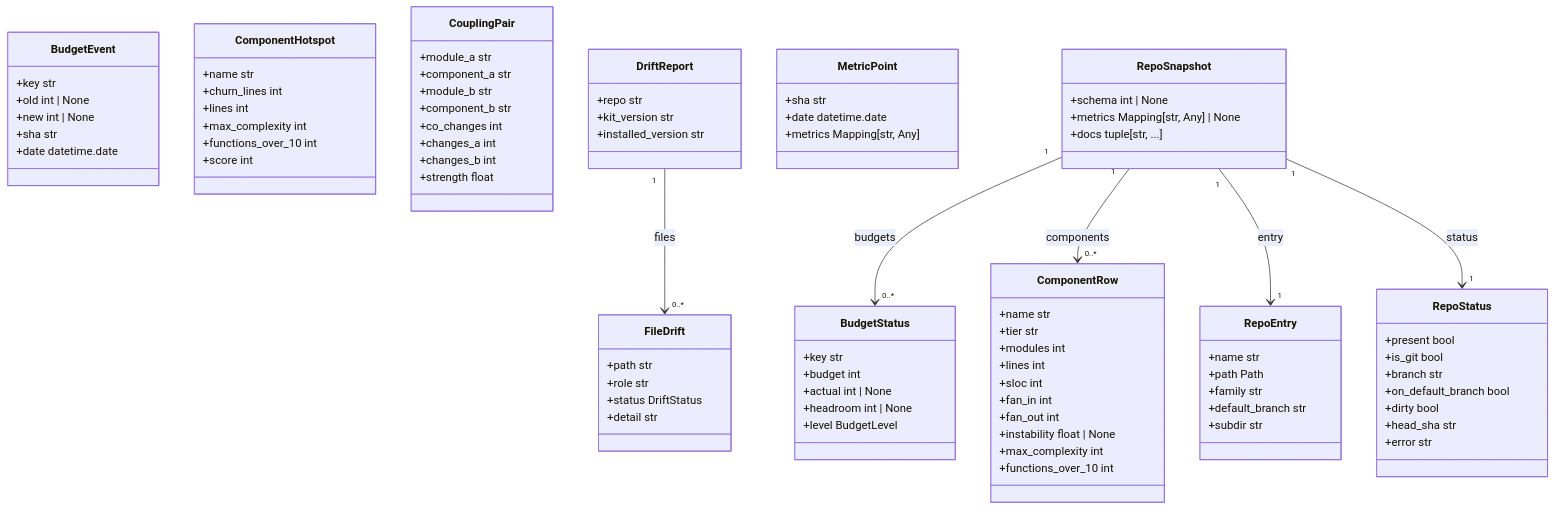
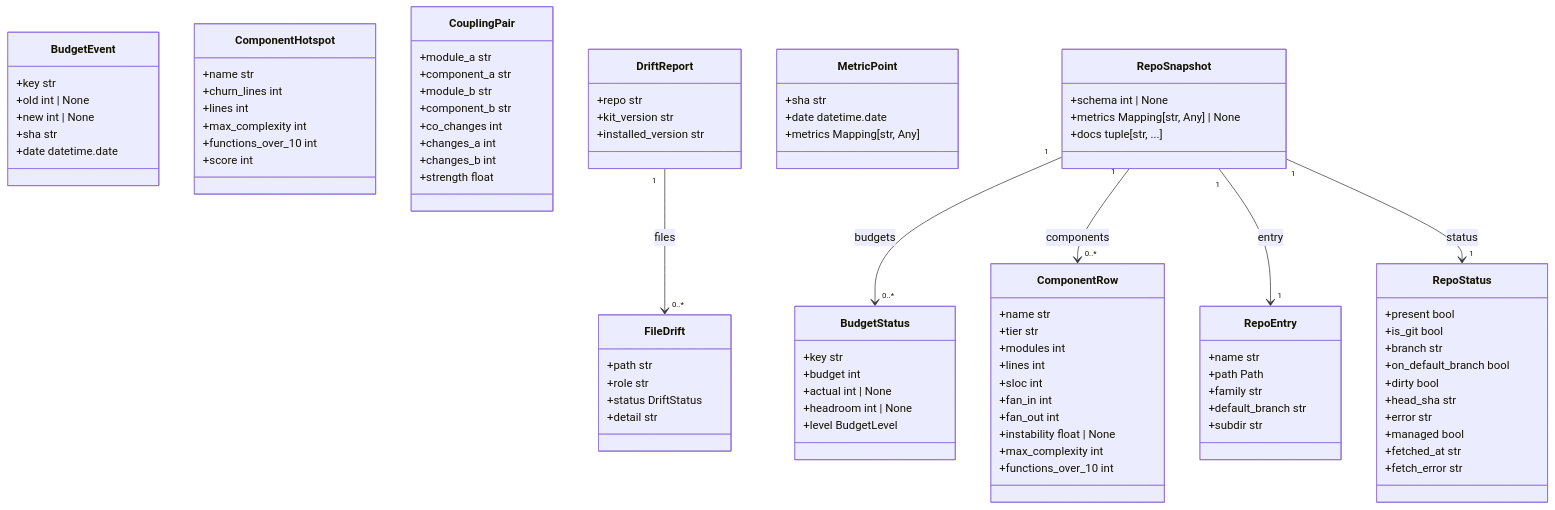
Before and after one commit to agent-lore/guardrail-hub: the diagram in docs/generated/domain_model.md, drawn with Mermaid. The commit also changed 28 other files, not shown here.

```diff
--- a/docs/generated/domain_model.md
+++ b/docs/generated/domain_model.md
@@ -87,6 +87,9 @@
     +dirty bool
     +head_sha str
     +error str
+    +managed bool
+    +fetched_at str
+    +fetch_error str
   }
   DriftReport "1" --> "0..*" FileDrift : files
   RepoSnapshot "1" --> "0..*" BudgetStatus : budgets
```
